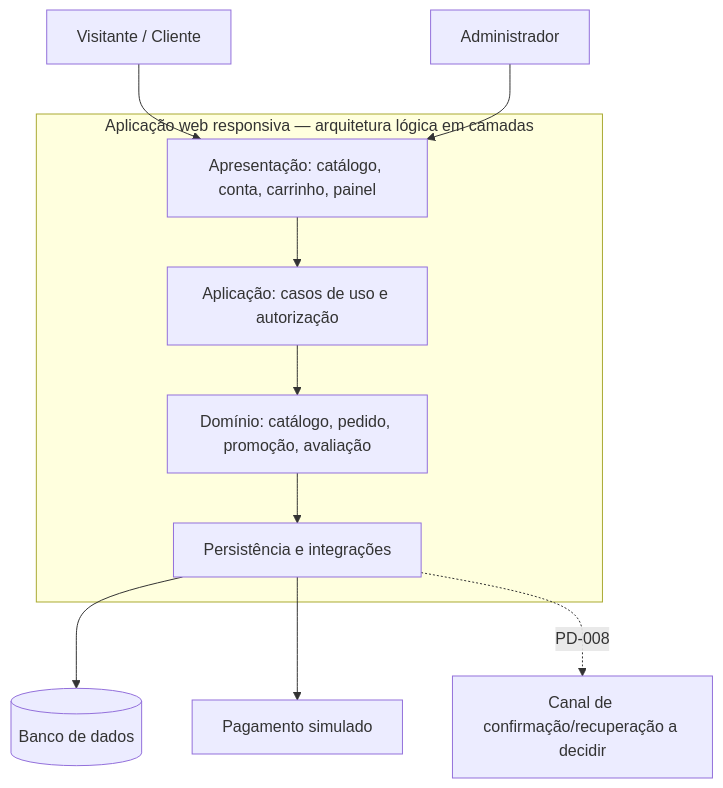
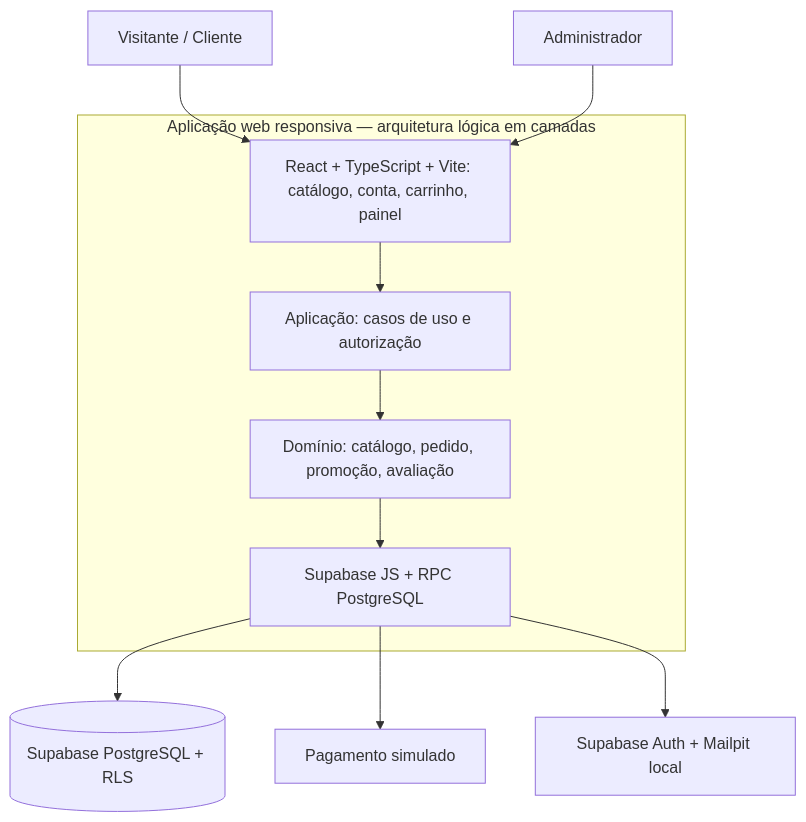
The diagram in docs/diagrams/architecture.mmd (arthurranjos/Loja-Online), drawn with Mermaid before and after one commit. The commit also changed 207 other files, not shown here.

```diff
--- a/docs/diagrams/architecture.mmd
+++ b/docs/diagrams/architecture.mmd
@@ -1,18 +1,18 @@
 flowchart TB
   Visitor[Visitante / Cliente]
   Admin[Administrador]
   subgraph App[Aplicação web responsiva — arquitetura lógica em camadas]
-    UI[Apresentação: catálogo, conta, carrinho, painel]
+    UI[React + TypeScript + Vite: catálogo, conta, carrinho, painel]
     UseCases[Aplicação: casos de uso e autorização]
     Domain[Domínio: catálogo, pedido, promoção, avaliação]
-    Adapters[Persistência e integrações]
+    Adapters[Supabase JS + RPC PostgreSQL]
     UI --> UseCases --> Domain --> Adapters
   end
-  DB[(Banco de dados)]
+  DB[(Supabase PostgreSQL + RLS)]
   Pay[Pagamento simulado]
-  Mail[Canal de confirmação/recuperação a decidir]
+  Mail[Supabase Auth + Mailpit local]
   Visitor --> UI
   Admin --> UI
   Adapters --> DB
   Adapters --> Pay
-  Adapters -. "PD-008" .-> Mail
+  Adapters --> Mail
```
